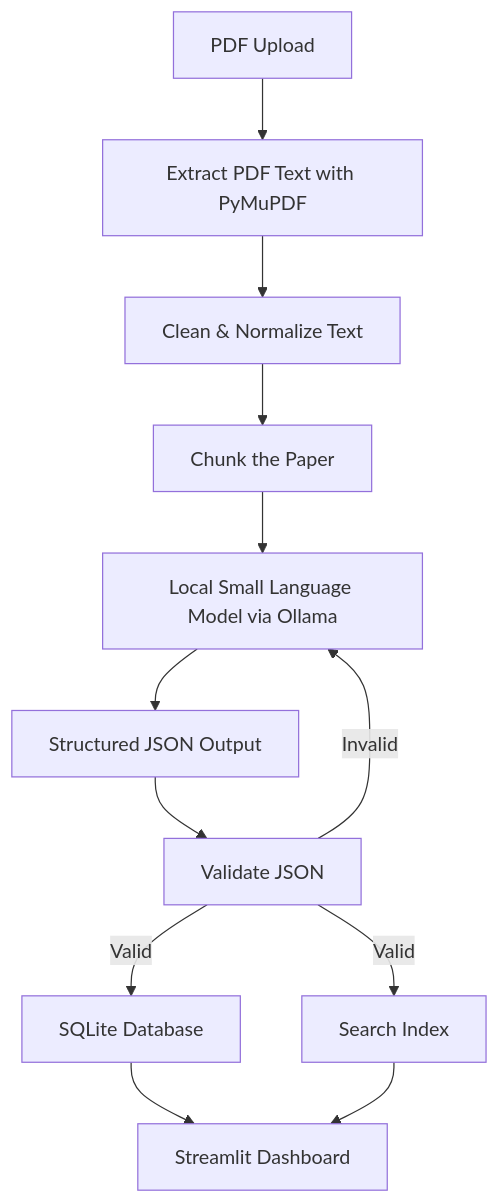
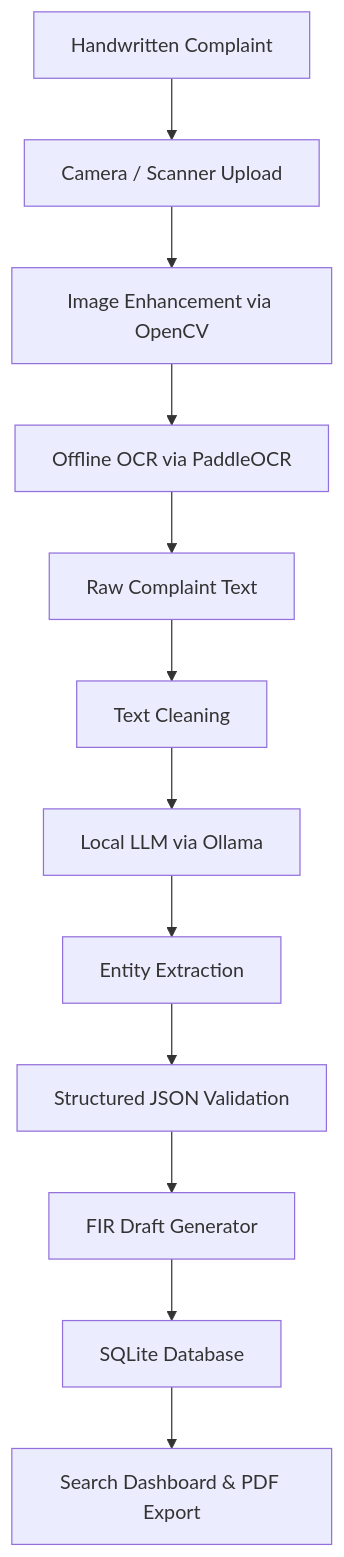
Before and after one commit to Revanth-arc/hackaton3: the diagram in README.md, drawn with Mermaid. The commit also changed other lines of this file, not shown here.

````diff
--- a/README.md
+++ b/README.md
@@ -49,14 +52,14 @@
 ```mermaid
 graph TD
-    A[PDF Upload] --> B[Extract PDF Text with PyMuPDF]
-    B --> C[Clean & Normalize Text]
-    C --> D[Chunk the Paper]
-    D --> E[Local Small Language Model via Ollama]
-    E --> F[Structured JSON Output]
-    F --> G[Validate JSON]
-    G -->|Valid| H[SQLite Database]
-    G -->|Valid| I[Search Index]
-    G -->|Invalid| E
-    H --> J[Streamlit Dashboard]
-    I --> J
+    A[Handwritten Complaint] --> B[Camera / Scanner Upload]
+    B --> C[Image Enhancement via OpenCV]
+    C --> D[Offline OCR via PaddleOCR]
+    D --> E[Raw Complaint Text]
+    E --> F[Text Cleaning]
+    F --> G[Local LLM via Ollama]
+    G --> H[Entity Extraction]
+    H --> I[Structured JSON Validation]
+    I --> J[FIR Draft Generator]
+    J --> K[SQLite Database]
+    K --> L[Search Dashboard & PDF Export]
 ```
````
